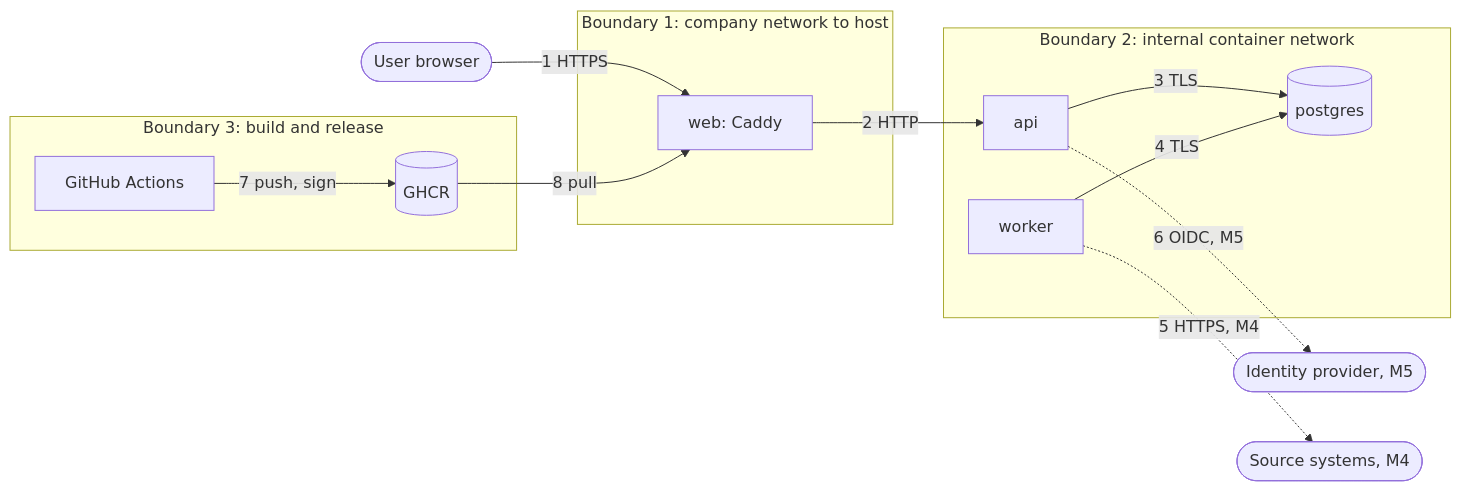
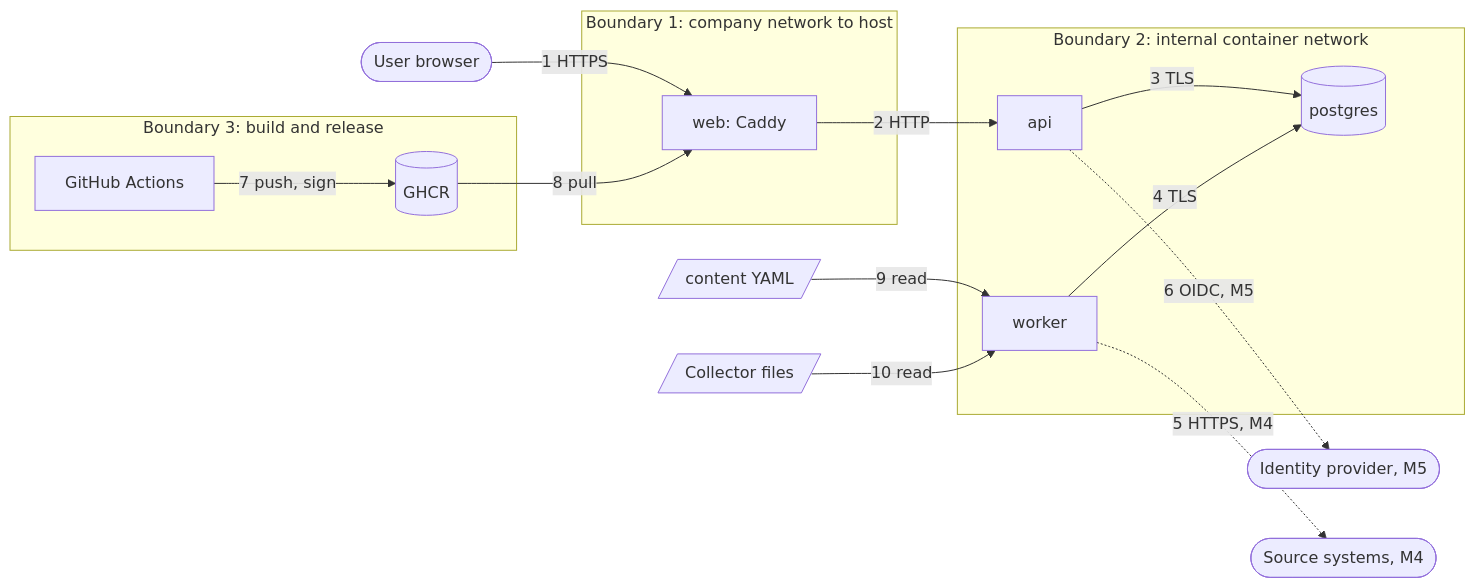
One commit to FlavioImbertDomingos/dsec-metrics changed the diagram in docs/security/threat-model.md. Above: the diagram before and after it, drawn with Mermaid. The commit also changed other lines of this file and 12 other files, not shown here.

````diff
--- a/docs/security/threat-model.md
+++ b/docs/security/threat-model.md
@@ -32,26 +34,30 @@
 ```mermaid
 flowchart LR
   user([User browser])
   subgraph TB1[Boundary 1: company network to host]
     web[web: Caddy]
   end
   subgraph TB2[Boundary 2: internal container network]
     api[api]
     worker[worker]
     pg[(postgres)]
   end
   subgraph TB3[Boundary 3: build and release]
     gh[GitHub Actions]
     ghcr[(GHCR)]
   end
   idp([Identity provider, M5])
   src([Source systems, M4])
   user -- "1 HTTPS" --> web
   web -- "2 HTTP" --> api
   api -- "3 TLS" --> pg
   worker -- "4 TLS" --> pg
+  content[/content YAML/]
+  files[/Collector files/]
+  content -- "9 read" --> worker
+  files -- "10 read" --> worker
   worker -. "5 HTTPS, M4" .-> src
   api -. "6 OIDC, M5" .-> idp
   gh -- "7 push, sign" --> ghcr
   ghcr -- "8 pull" --> web
 ```
````
